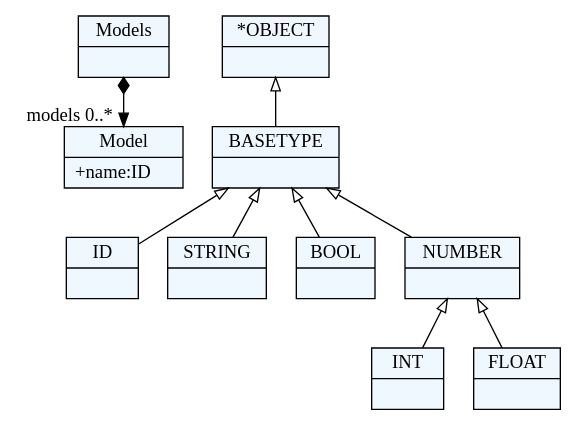
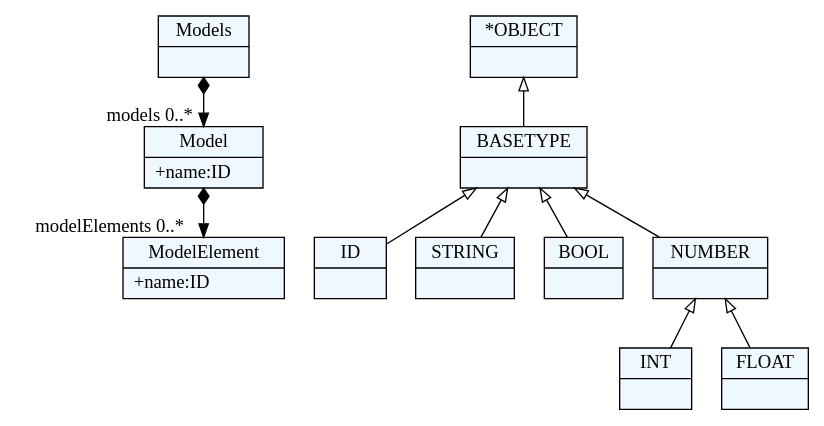
The diagram in JSD/grammer.dot (jovana992/jsd2017), drawn with Graphviz before and after one commit. The commit also changed 4 other files, not shown here.

Commit message:
Expanded grammer with modelElement rule.

```diff
--- a/JSD/grammer.dot
+++ b/JSD/grammer.dot
@@ -1,43 +1,46 @@
 
     digraph xtext {
     fontname = "Bitstream Vera Sans"
     fontsize = 8
     node[
         shape=record,
         style=filled,
         fillcolor=aliceblue
     ]
     nodesep = 0.3
     edge[dir=black,arrowtail=empty]
 
 
-2859254368888 -> 2859254372664[arrowtail=diamond, dir=both, headlabel="models 0..*"]
-2859254368888[ label="{Models|}"]
+2507424439560 -> 2507424429176[arrowtail=diamond, dir=both, headlabel="models 0..*"]
+2507424439560[ label="{Models|}"]
 
-2859254372664[ label="{Model|+name:ID\l}"]
+2507424429176 -> 2507424428232[arrowtail=diamond, dir=both, headlabel="modelElements 0..*"]
+2507424429176[ label="{Model|+name:ID\l}"]
 
-2859254337736[ label="{ID|}"]
+2507424428232[ label="{ModelElement|+name:ID\l}"]
 
-2859254367944[ label="{STRING|}"]
+2507414462008[ label="{ID|}"]
 
-2859254336792[ label="{BOOL|}"]
+2507414465784[ label="{STRING|}"]
 
-2859254377384[ label="{INT|}"]
+2507414473336[ label="{BOOL|}"]
 
-2859254391544[ label="{FLOAT|}"]
+2507414479000[ label="{INT|}"]
 
-2859254380216[ label="{NUMBER|}"]
-2859254380216 -> 2859254391544 [dir=back]
-2859254380216 -> 2859254377384 [dir=back]
+2507414478056[ label="{FLOAT|}"]
 
-2859254388712[ label="{BASETYPE|}"]
-2859254388712 -> 2859254380216 [dir=back]
-2859254388712 -> 2859254336792 [dir=back]
-2859254388712 -> 2859254337736 [dir=back]
-2859254388712 -> 2859254367944 [dir=back]
+2507424433896[ label="{NUMBER|}"]
+2507424433896 -> 2507414478056 [dir=back]
+2507424433896 -> 2507414479000 [dir=back]
 
-2859254383992[ label="{*OBJECT|}"]
-2859254383992 -> 2859254388712 [dir=back]
+2507424441448[ label="{BASETYPE|}"]
+2507424441448 -> 2507424433896 [dir=back]
+2507424441448 -> 2507414473336 [dir=back]
+2507424441448 -> 2507414462008 [dir=back]
+2507424441448 -> 2507414465784 [dir=back]
+
+2507424453720[ label="{*OBJECT|}"]
+2507424453720 -> 2507424441448 [dir=back]
 
 
 }
```
